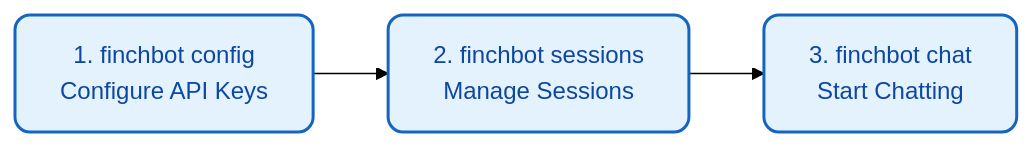
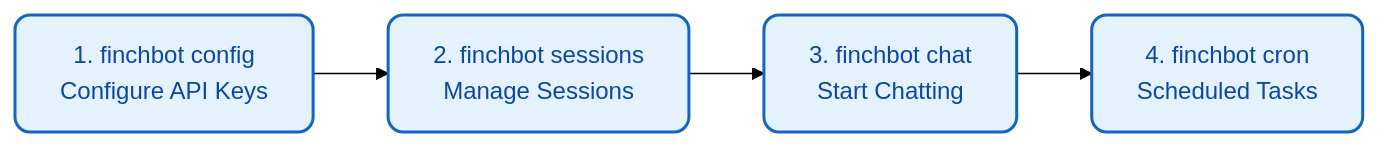
Before and after one commit to xt765/FinchBot: the first of 2 diagrams in docs/en-US/guide/usage.md, drawn with Mermaid (forest theme). The commit also changed other lines of this file and 14 other files, not shown here.

````diff
--- a/docs/en-US/guide/usage.md
+++ b/docs/en-US/guide/usage.md
@@ -20,7 +23,8 @@
 ```mermaid
 flowchart LR
     classDef step fill:#e3f2fd,stroke:#1565c0,stroke-width:2px,color:#0d47a1,rx:10,ry:10;
 
     A["1. finchbot config<br/>Configure API Keys"]:::step --> B["2. finchbot sessions<br/>Manage Sessions"]:::step
     B --> C["3. finchbot chat<br/>Start Chatting"]:::step
+    C --> D["4. finchbot cron<br/>Scheduled Tasks"]:::step
 ```
````
